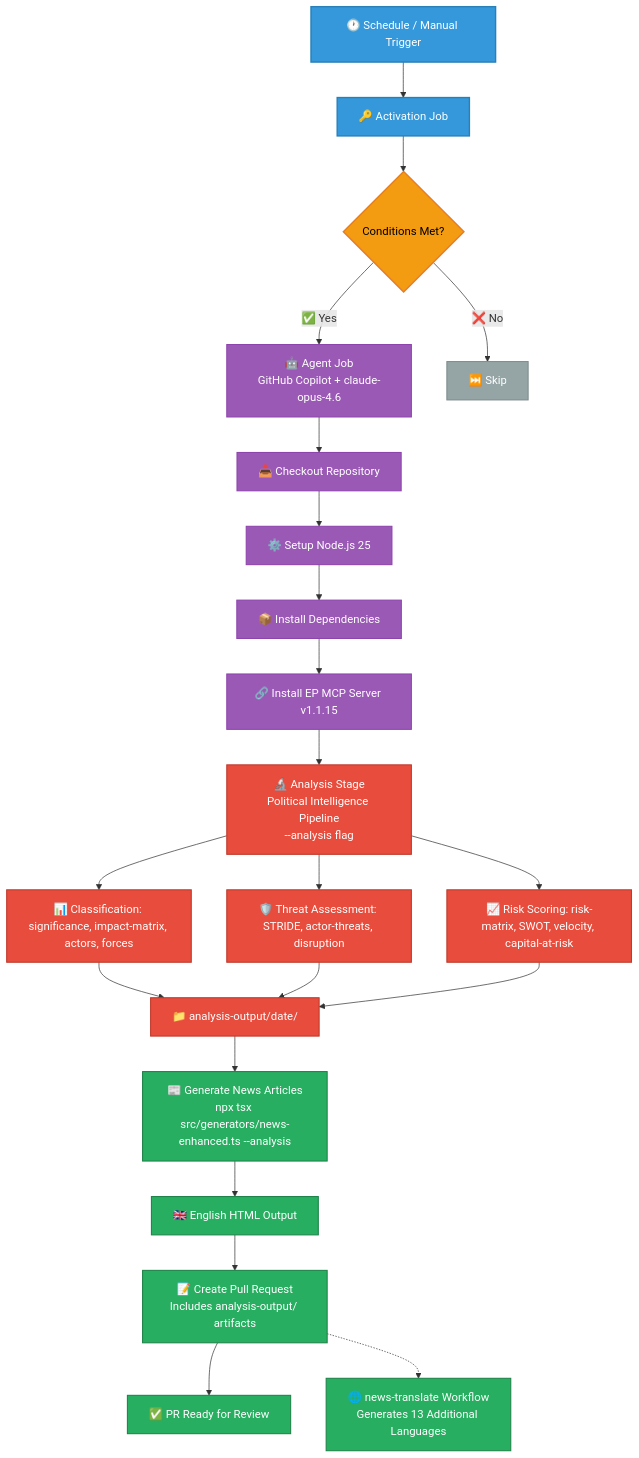
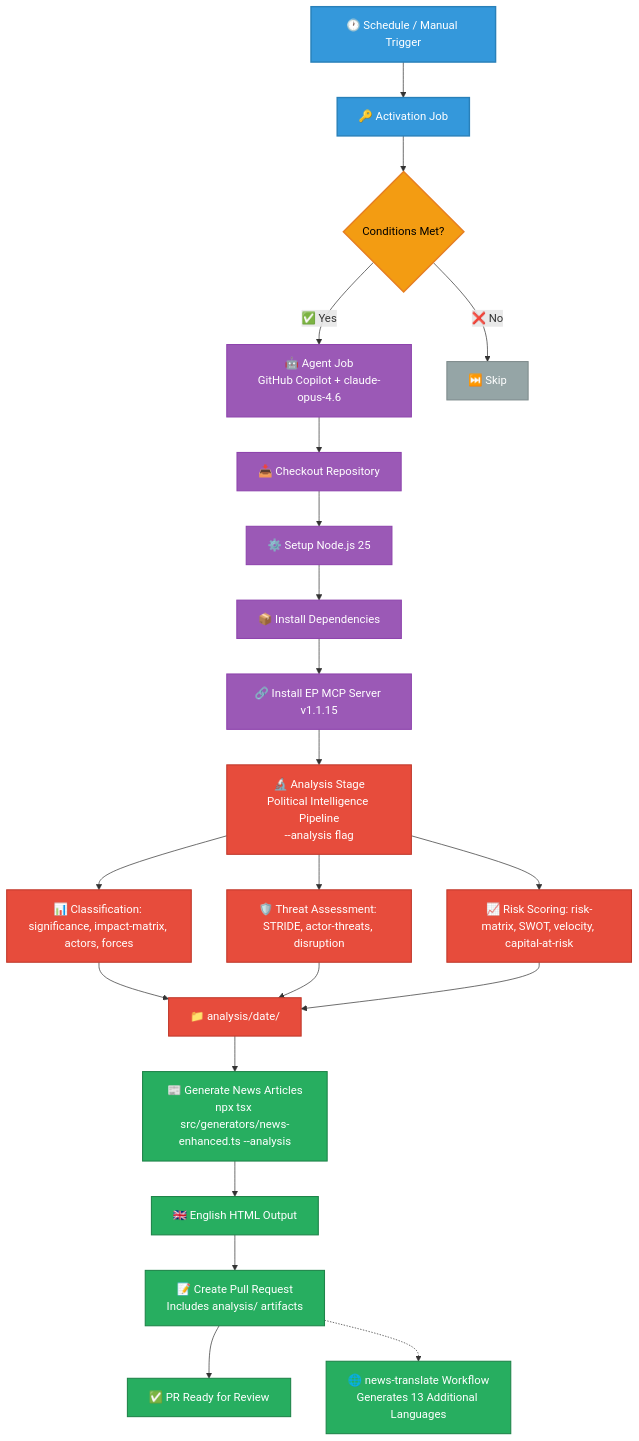
The third of 16 diagrams in WORKFLOWS.md (Hack23/euparliamentmonitor), drawn with Mermaid before and after one commit. The commit also changed other lines of this file and 113 other files, not shown here.

First line of the commit message:
Rename analysis-output to analysis, add safe-outputs max-size, add MCP data persistence, add poppler-utils

````diff
--- a/WORKFLOWS.md
+++ b/WORKFLOWS.md
@@ -245,37 +245,37 @@
 ```mermaid
 graph TD
     A[🕐 Schedule / Manual Trigger] --> B[🔑 Activation Job]
     B --> C{Conditions Met?}
     C -->|✅ Yes| D[🤖 Agent Job<br/>GitHub Copilot + claude-opus-4.6]
     C -->|❌ No| E[⏭️ Skip]
     D --> F[📥 Checkout Repository]
     F --> G[⚙️ Setup Node.js 25]
     G --> H[📦 Install Dependencies]
     H --> I[🔗 Install EP MCP Server v1.1.15]
     I --> J1[🔬 Analysis Stage<br/>Political Intelligence Pipeline<br/>--analysis flag]
     J1 --> J1a[📊 Classification: significance, impact-matrix, actors, forces]
     J1 --> J1b[🛡️ Threat Assessment: STRIDE, actor-threats, disruption]
     J1 --> J1c[📈 Risk Scoring: risk-matrix, SWOT, velocity, capital-at-risk]
-    J1a --> J1d[📁 analysis-output/date/]
+    J1a --> J1d[📁 analysis/date/]
     J1b --> J1d
     J1c --> J1d
     J1d --> J[📰 Generate News Articles<br/>npx tsx src/generators/news-enhanced.ts --analysis]
     J --> K[🇬🇧 English HTML Output]
-    K --> L[📝 Create Pull Request<br/>Includes analysis-output/ artifacts]
+    K --> L[📝 Create Pull Request<br/>Includes analysis/ artifacts]
     L --> M[✅ PR Ready for Review]
     L -.-> N[🌐 news-translate Workflow<br/>Generates 13 Additional Languages]
 
     classDef trigger fill:#3498db,stroke:#2980b9,stroke-width:2px,color:white
     classDef process fill:#9b59b6,stroke:#8e44ad,stroke-width:1.5px,color:white
     classDef decision fill:#f39c12,stroke:#e67e22,stroke-width:2px,color:black
     classDef skip fill:#95a5a6,stroke:#7f8c8d,stroke-width:1.5px,color:white
     classDef analysis fill:#e74c3c,stroke:#c0392b,stroke-width:1.5px,color:white
     classDef output fill:#27ae60,stroke:#1e8449,stroke-width:1.5px,color:white
 
     class A,B trigger
     class D,F,G,H,I process
     class C decision
     class E skip
     class J1,J1a,J1b,J1c,J1d analysis
     class J,K,L,M,N output
 ```
````
